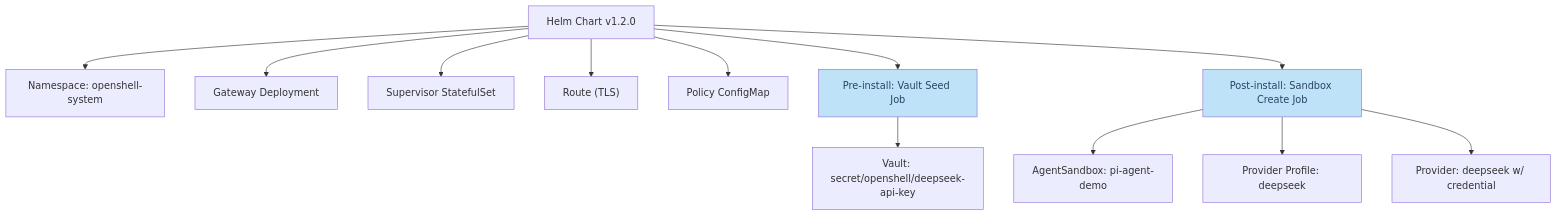
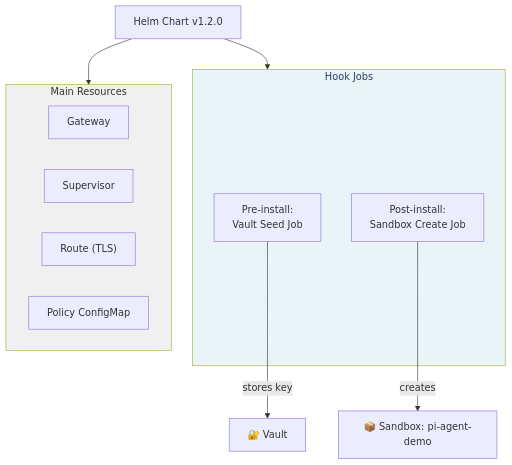
The second of 2 diagrams in docs/3-deploy-from-catalog/README.md (avijra/openshell-ztm-lab), drawn with Mermaid before and after one commit. The commit also changed other lines of this file and 6 other files, not shown here.

First line of the commit message:
fix: replace all unreadable sequence diagrams with simple vertical flows

````diff
--- a/docs/3-deploy-from-catalog/README.md
+++ b/docs/3-deploy-from-catalog/README.md
@@ -165,17 +154,24 @@
 ```mermaid
 graph TD
-    HC["Helm Chart v1.2.0"] --> NS["Namespace: openshell-system"]
-    HC --> GW["Gateway Deployment"]
-    HC --> SV["Supervisor StatefulSet"]
-    HC --> RT["Route (TLS)"]
-    HC --> CM["Policy ConfigMap"]
-    HC --> VJ["Pre-install: Vault Seed Job"]
-    HC --> SJ["Post-install: Sandbox Create Job"]
-    VJ --> V["Vault: secret/openshell/deepseek-api-key"]
-    SJ --> SB["AgentSandbox: pi-agent-demo"]
-    SJ --> PP["Provider Profile: deepseek"]
-    SJ --> PR["Provider: deepseek w/ credential"]
-    
-    style VJ fill:#bee3f8,color:#2a4365
-    style SJ fill:#bee3f8,color:#2a4365
+    HC["Helm Chart v1.2.0"]
+
+    subgraph hooks["Hook Jobs"]
+        VJ["Pre-install:<br/>Vault Seed Job"]
+        SJ["Post-install:<br/>Sandbox Create Job"]
+    end
+
+    subgraph main["Main Resources"]
+        GW["Gateway"]
+        SV["Supervisor"]
+        RT["Route (TLS)"]
+        CM["Policy ConfigMap"]
+    end
+
+    HC --> hooks
+    HC --> main
+    VJ -->|"stores key"| V["🔐 Vault"]
+    SJ -->|"creates"| SB["📦 Sandbox: pi-agent-demo"]
+
+    style hooks fill:#e8f4f8,color:#2a4365
+    style main fill:#f0f0f0,color:#333
 ```
````
